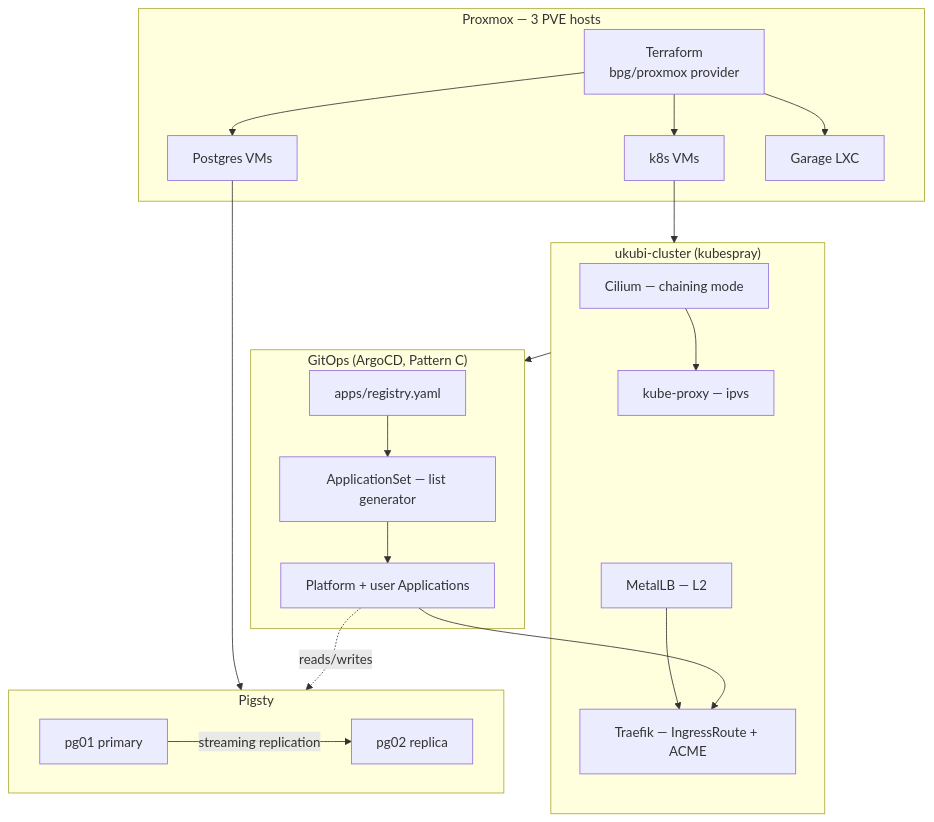
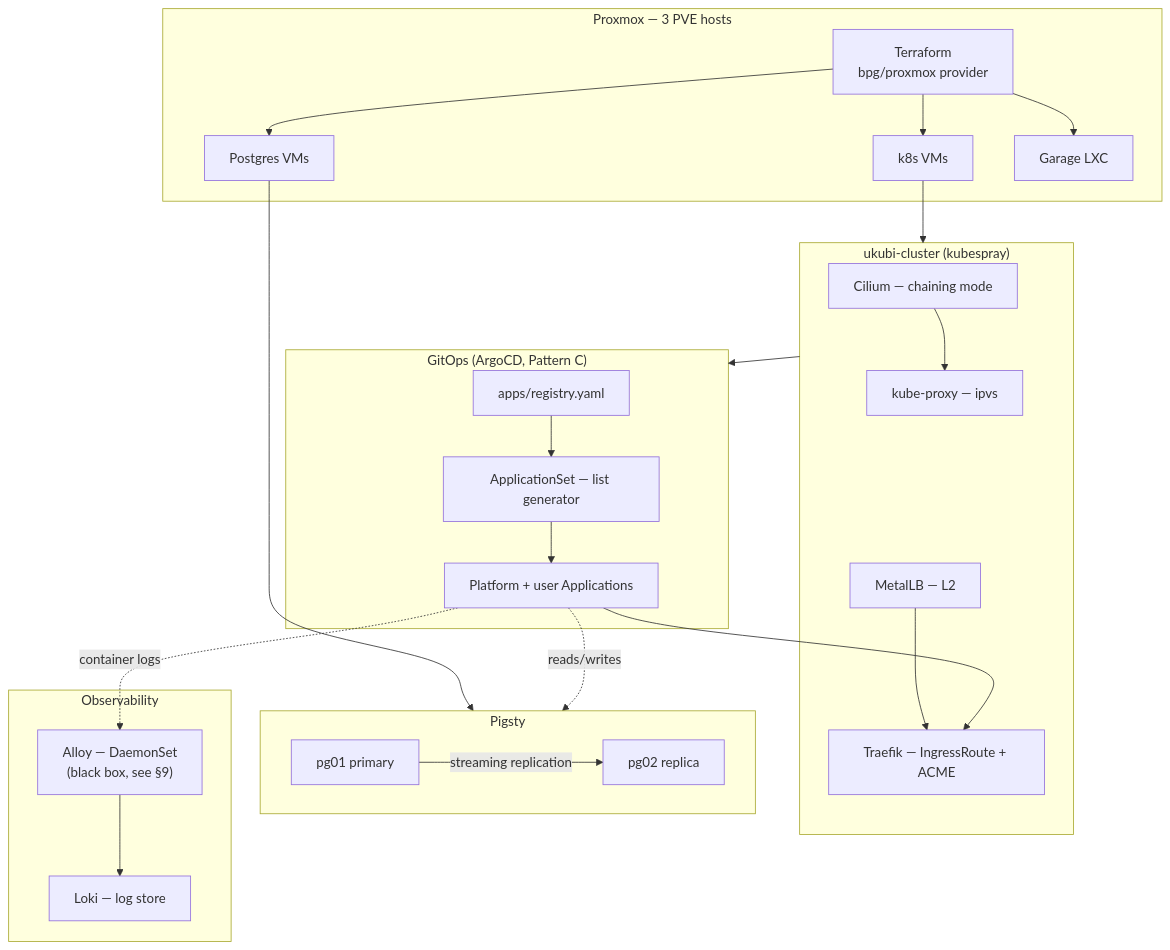
Before and after one commit to MohammadBnei/infra-bootstrap: the first of 7 diagrams in ARCHITECTURE.md, drawn with Mermaid. The commit also changed other lines of this file and 2 other files, not shown here.

First line of the commit message:
docs: document the Alloy file-tailing switch (ARCHITECTURE.md, ADR-0027, infra-actual)

````diff
--- a/ARCHITECTURE.md
+++ b/ARCHITECTURE.md
@@ -15,40 +15,47 @@
 ```mermaid
 graph TD
     subgraph Proxmox["Proxmox — 3 PVE hosts"]
         TF[Terraform<br/>bpg/proxmox provider]
         VM1[k8s VMs]
         VM2[Postgres VMs]
         VM3[Garage LXC]
         TF --> VM1
         TF --> VM2
         TF --> VM3
     end
 
     subgraph K8s["ukubi-cluster (kubespray)"]
         Cilium[Cilium — chaining mode]
         KP[kube-proxy — ipvs]
         MetalLB[MetalLB — L2]
         Traefik[Traefik — IngressRoute + ACME]
         Cilium --> KP
         MetalLB --> Traefik
     end
 
     subgraph GitOps["GitOps (ArgoCD, Pattern C)"]
         Registry[apps/registry.yaml]
         AppSet[ApplicationSet — list generator]
         Apps[Platform + user Applications]
         Registry --> AppSet --> Apps
     end
 
     subgraph Pigsty["Pigsty"]
         PG1[pg01 primary]
         PG2[pg02 replica]
         PG1 -- streaming replication --> PG2
     end
 
+    subgraph Obs["Observability"]
+        Alloy["Alloy — DaemonSet<br/>(black box, see §9)"]
+        Loki[Loki — log store]
+        Alloy --> Loki
+    end
+
     VM1 --> K8s
     Apps --> Traefik
     K8s --> GitOps
     VM2 --> Pigsty
     Apps -. reads/writes .-> Pigsty
+    Apps -. container logs .-> Alloy
 ```
````
